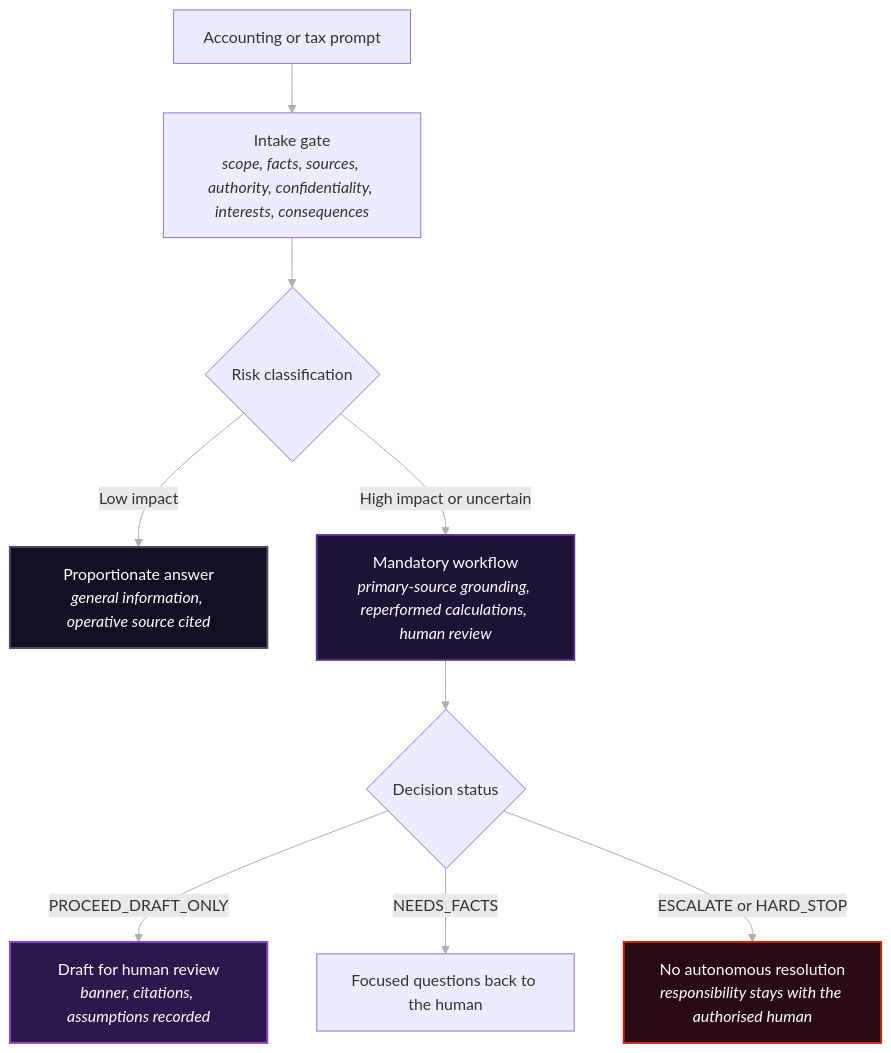
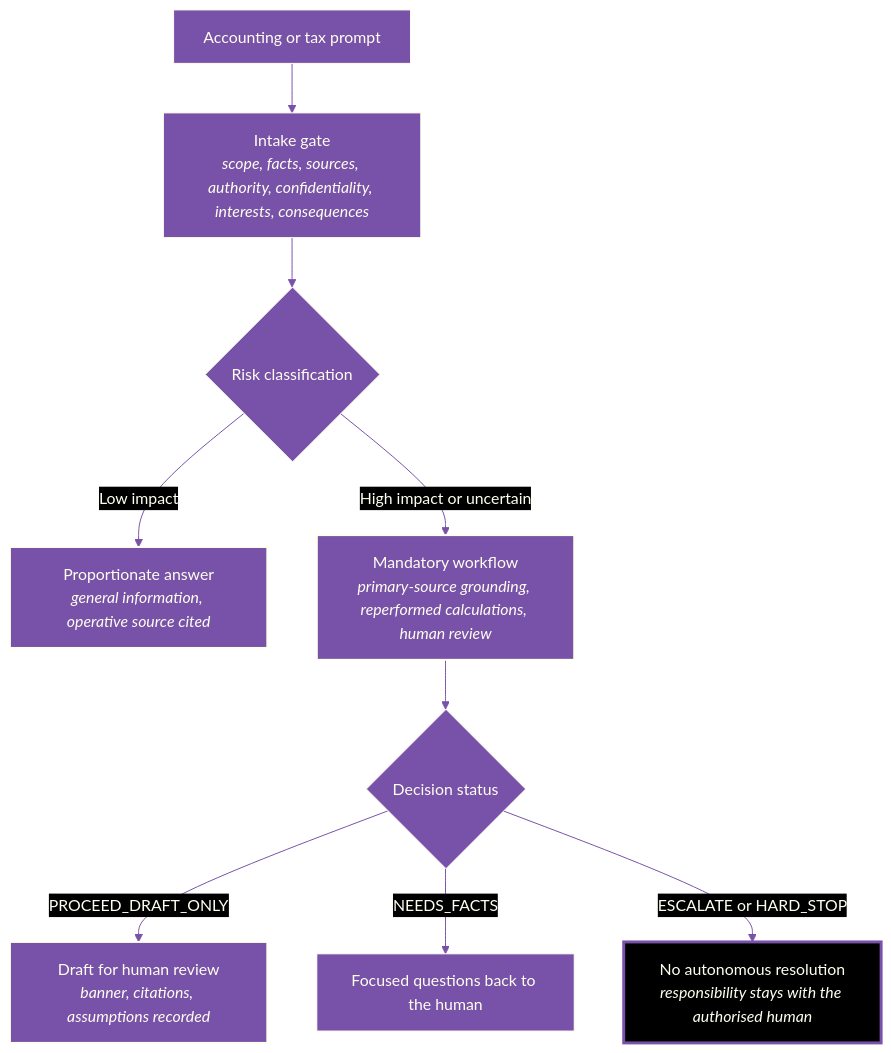
The diagram in README.md (ryanduguid/llm-tax-guardrails), drawn with Mermaid before and after one commit. The commit also changed 1 other file, not shown here.

Commit message:
Use ivory, royal purple and black in Mermaid diagrams (#136)

````diff
--- a/README.md
+++ b/README.md
@@ -49,19 +49,19 @@
 ```mermaid
-%%{init: {"themeVariables": {"lineColor": "#B1AFAD"}}}%%
 flowchart TD
+%%{init: {"theme": "base", "themeVariables": {"background": "#000000", "primaryColor": "#7851A9", "primaryTextColor": "#FFFFF0", "primaryBorderColor": "#FFFFF0", "lineColor": "#7851A9", "textColor": "#FFFFF0", "edgeLabelBackground": "#000000", "clusterBkg": "#000000", "clusterBorder": "#7851A9", "titleColor": "#FFFFF0"}}}%%
     Prompt["Accounting or tax prompt"] --> Gate["Intake gate<br/><i>scope, facts, sources, authority, confidentiality, interests, consequences</i>"]
     Gate --> Risk{"Risk classification"}
 
     Risk -->|"Low impact"| Prop["Proportionate answer<br/><i>general information, operative source cited</i>"]
     Risk -->|"High impact or uncertain"| Flow["Mandatory workflow<br/><i>primary-source grounding, reperformed calculations, human review</i>"]
 
     Flow --> Status{"Decision status"}
     Status -->|"PROCEED_DRAFT_ONLY"| Draft["Draft for human review<br/><i>banner, citations, assumptions recorded</i>"]
     Status -->|"NEEDS_FACTS"| Facts["Focused questions back to the human"]
     Status -->|"ESCALATE or HARD_STOP"| Stop["No autonomous resolution<br/><i>responsibility stays with the authorised human</i>"]
 
-    style Prop fill:#140E24,stroke:#4F485E,stroke-width:2px,color:#FFFFFF
-    style Flow fill:#1E1236,stroke:#5C2D91,stroke-width:2px,color:#FFFFFF
-    style Draft fill:#2D184E,stroke:#8A4AC7,stroke-width:2px,color:#FFFFFF
-    style Stop fill:#2A0A12,stroke:#C02B0A,stroke-width:2px,color:#FFFFFF
+    style Prop fill:#7851A9,stroke:#FFFFF0,stroke-width:2px,color:#FFFFF0
+    style Flow fill:#7851A9,stroke:#FFFFF0,stroke-width:2px,color:#FFFFF0
+    style Draft fill:#7851A9,stroke:#FFFFF0,stroke-width:2px,color:#FFFFF0
+    style Stop fill:#000000,stroke:#7851A9,stroke-width:3px,color:#FFFFF0
 ```
````
